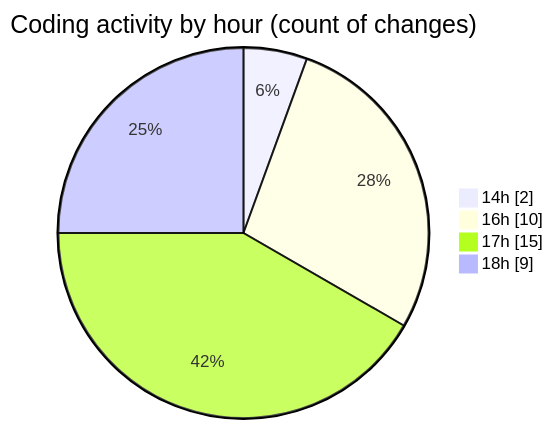
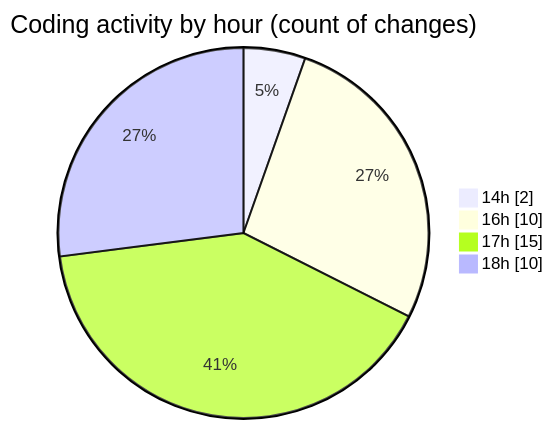
The second of 2 diagrams in 2025-06-18/scopesketch-app/README.md (Ritupan-Deka/code-tracking), drawn with Mermaid before and after one commit. The commit also changed other lines of this file and 1 other file, not shown here.

````diff
--- a/2025-06-18/scopesketch-app/README.md
+++ b/2025-06-18/scopesketch-app/README.md
@@ -41,8 +41,8 @@
 ```mermaid
 pie showData
 title Coding activity by hour (count of changes)
 "14h" : 2
 "16h" : 10
 "17h" : 15
-"18h" : 9
+"18h" : 10
 ```
````
